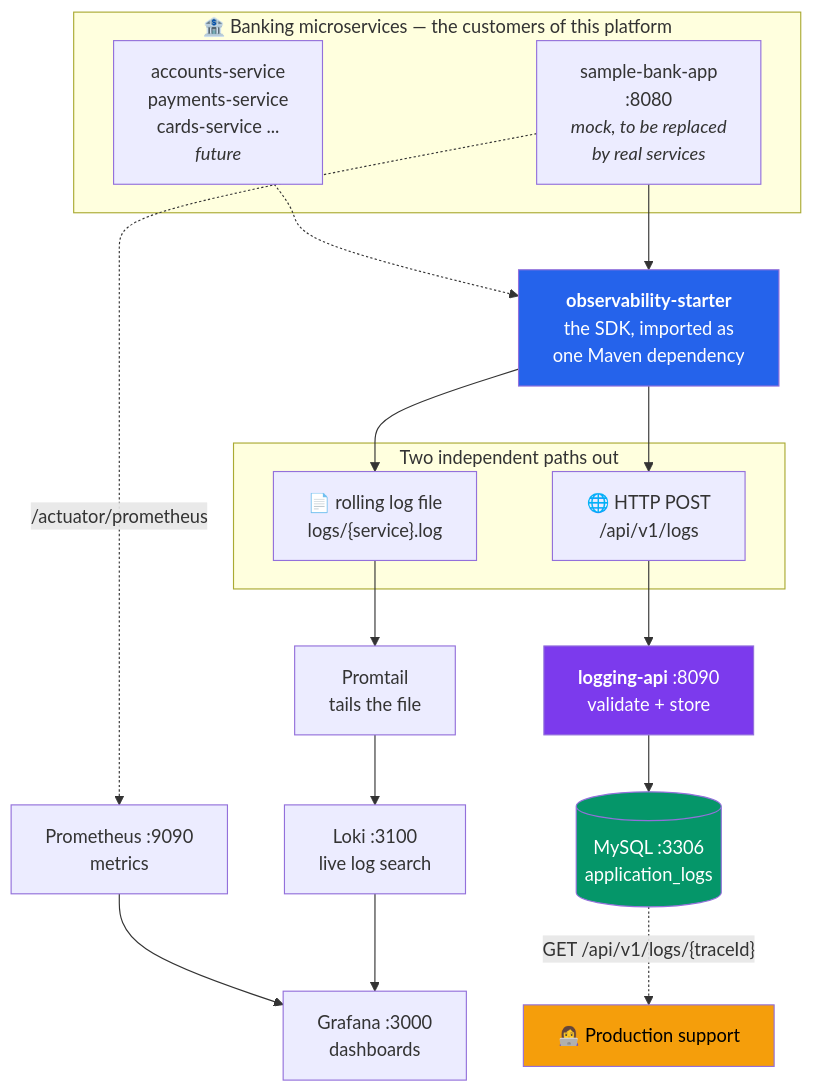
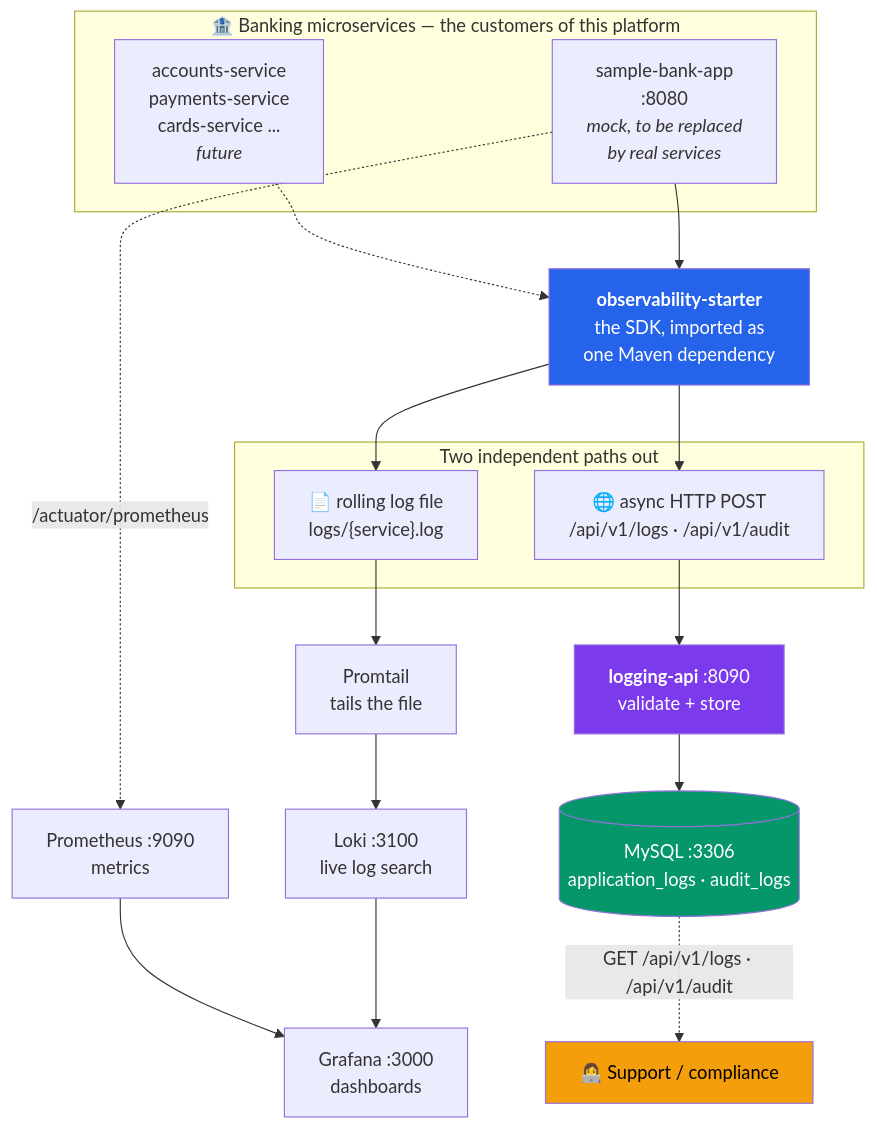
One commit to abhishjais01/Bharat_Bank changed the second of 18 diagrams in ARCHITECTURE.md. Above: the diagram before and after it, drawn with Mermaid. The commit also changed other lines of this file and 111 other files, not shown here.

````diff
--- a/ARCHITECTURE.md
+++ b/ARCHITECTURE.md
@@ -114,35 +118,35 @@
 ```mermaid
 flowchart TB
     subgraph banking["🏦 Banking microservices — the customers of this platform"]
         APP["sample-bank-app<br/>:8080<br/><i>mock, to be replaced<br/>by real services</i>"]
         FUTURE["accounts-service<br/>payments-service<br/>cards-service ...<br/><i>future</i>"]
     end
 
     SDK["<b>observability-starter</b><br/>the SDK, imported as<br/>one Maven dependency"]
 
     subgraph pipelines["Two independent paths out"]
         FILE["📄 rolling log file<br/>logs/{service}.log"]
-        HTTP["🌐 HTTP POST<br/>/api/v1/logs"]
+        HTTP["🌐 async HTTP POST<br/>/api/v1/logs · /api/v1/audit"]
     end
 
     PROMTAIL["Promtail<br/>tails the file"]
     LOKI["Loki :3100<br/>live log search"]
     API["<b>logging-api</b> :8090<br/>validate + store"]
-    MYSQL[("MySQL :3306<br/>application_logs")]
+    MYSQL[("MySQL :3306<br/>application_logs · audit_logs")]
     GRAFANA["Grafana :3000<br/>dashboards"]
     PROM["Prometheus :9090<br/>metrics"]
 
     APP --> SDK
     FUTURE -.-> SDK
     SDK --> FILE
     SDK --> HTTP
     FILE --> PROMTAIL --> LOKI --> GRAFANA
     HTTP --> API --> MYSQL
     APP -. "/actuator/prometheus" .-> PROM --> GRAFANA
-    MYSQL -. "GET /api/v1/logs/{traceId}" .-> SUPPORT["👩‍💻 Production support"]
+    MYSQL -. "GET /api/v1/logs · /api/v1/audit" .-> SUPPORT["👩‍💻 Support / compliance"]
 
     style SDK fill:#2563eb,color:#fff
     style API fill:#7c3aed,color:#fff
     style MYSQL fill:#059669,color:#fff
     style SUPPORT fill:#f59e0b,color:#000
 ```
````
